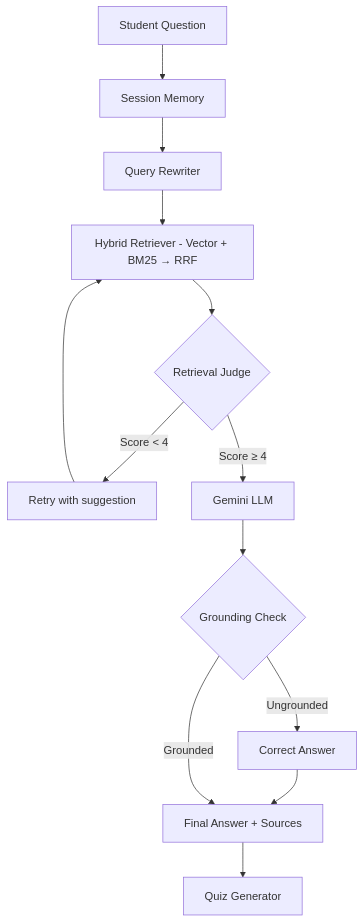
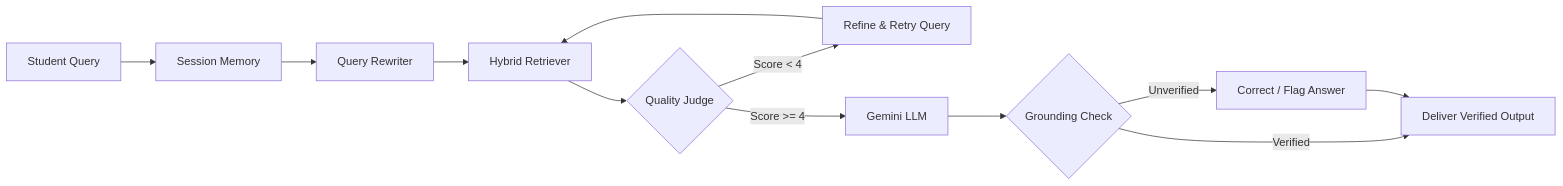
Before and after one commit to subarnasural/StudySync-AI: the second of 2 diagrams in readme.md, drawn with Mermaid. The commit also changed other lines of this file, not shown here.

Commit message:
docs: overhaul README with architecture diagrams, API reference, and project structure

````diff
--- a/readme.md
+++ b/readme.md
@@ -86,15 +88,14 @@
 ```mermaid
-graph TD
-    Q[Student Question] --> MEM[Session Memory]
+graph LR
+    Q[Student Query] --> MEM[Session Memory]
     MEM --> QR[Query Rewriter]
-    QR --> HR[Hybrid Retriever - Vector + BM25 → RRF]
-    HR --> JUDGE{Retrieval Judge}
-    JUDGE -->|Score < 4| RETRY[Retry with suggestion]
+    QR --> HR[Hybrid Retriever]
+    HR --> JUDGE{Quality Judge}
+    JUDGE -->|Score < 4| RETRY[Refine & Retry Query]
     RETRY --> HR
-    JUDGE -->|Score ≥ 4| LLM[Gemini LLM]
-    LLM --> GND{Grounding Check}
-    GND -->|Ungrounded| CORRECT[Correct Answer]
-    CORRECT --> OUT[Final Answer + Sources]
-    GND -->|Grounded| OUT
-    OUT --> QuizGen[Quiz Generator]
+    JUDGE -->|Score >= 4| GEN[Gemini LLM]
+    GEN --> VERIFY{Grounding Check}
+    VERIFY -->|Unverified| PATCH[Correct / Flag Answer]
+    VERIFY -->|Verified| FINAL[Deliver Verified Output]
+    PATCH --> FINAL
 ```
````
